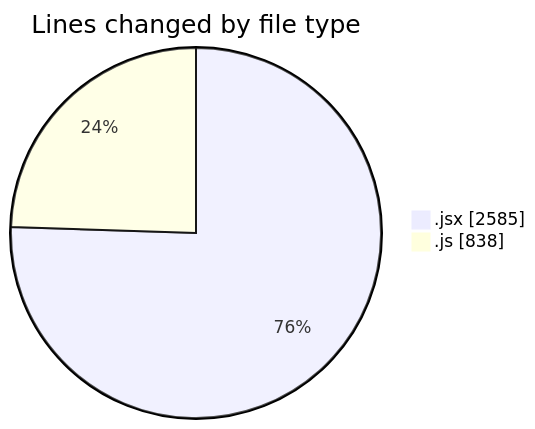
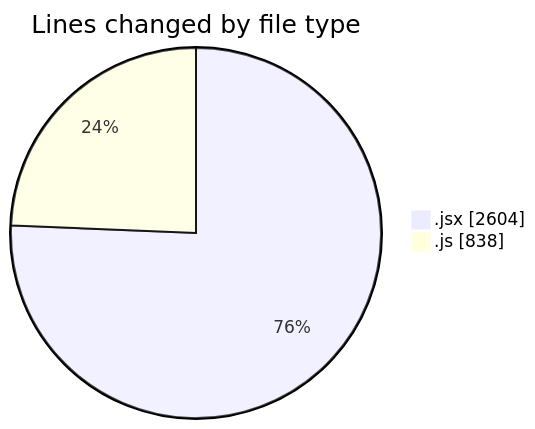
The first of 2 diagrams in 2025-09-22/nxtqube_webapp/README.md (nxtqubesakshisongat/code-tracking), drawn with Mermaid before and after one commit. The commit also changed other lines of this file and 1 other file, not shown here.

````diff
--- a/2025-09-22/nxtqube_webapp/README.md
+++ b/2025-09-22/nxtqube_webapp/README.md
@@ -22,6 +22,6 @@
 ```mermaid
 pie showData
 title Lines changed by file type
-".jsx" : 2585
+".jsx" : 2604
 ".js" : 838
 ```
````
